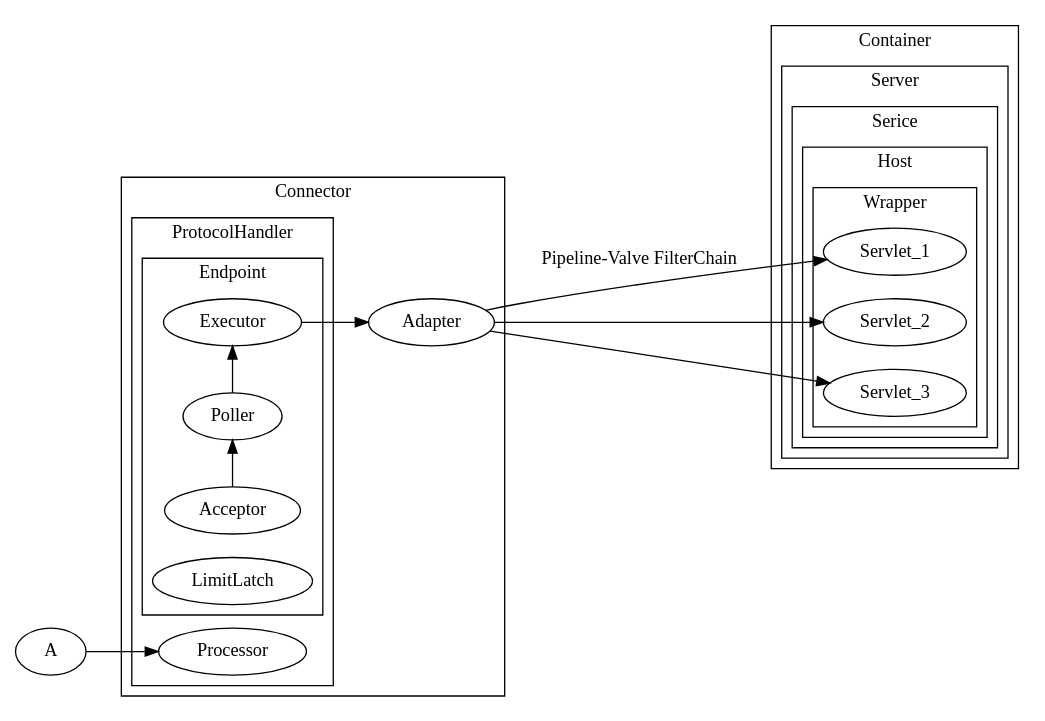
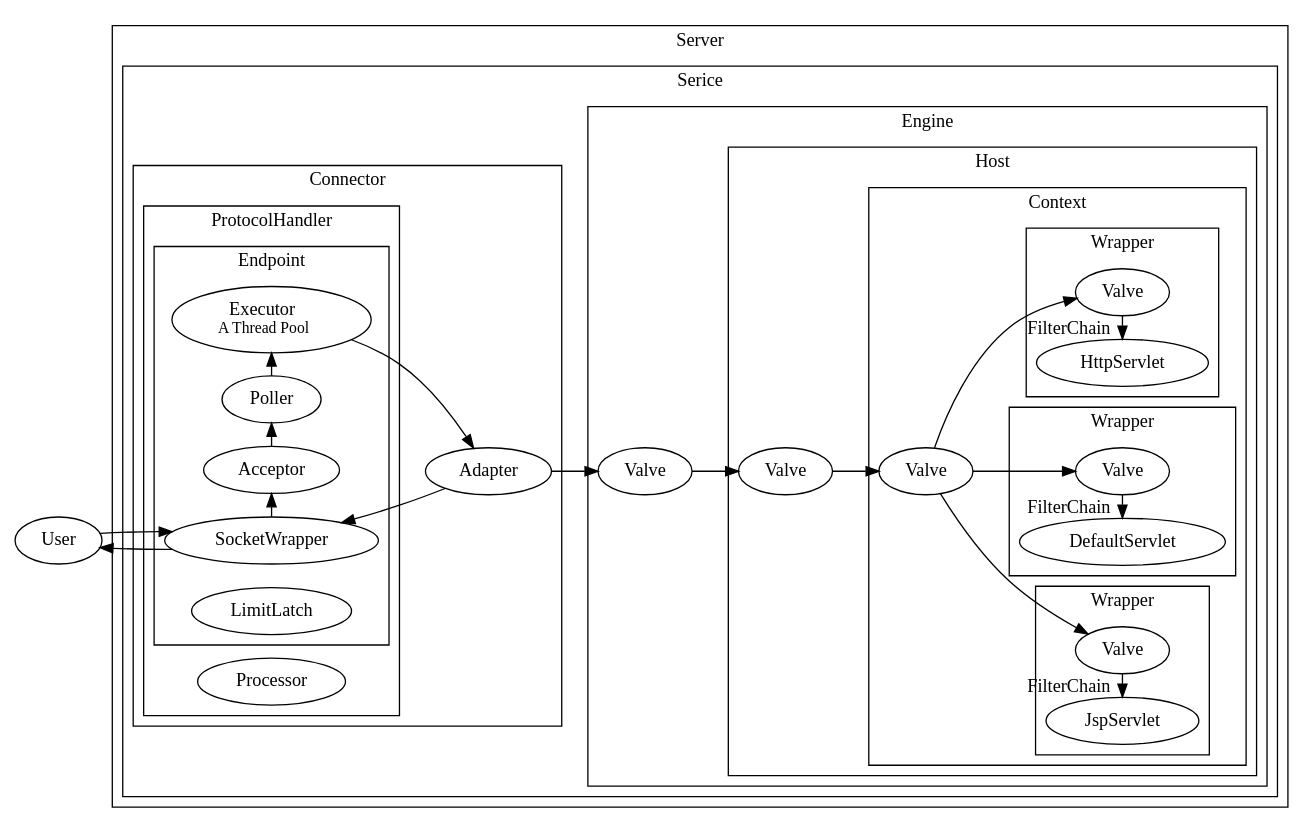
The diagram in docs/CS/Java/Tomcat/Tomcat.md (Robinpig/Note), drawn with Graphviz before and after one commit. The commit also changed other lines of this file and 1 other file, not shown here.

Commit message:
Tomcat architecture

````diff
--- a/docs/CS/Java/Tomcat/Tomcat.md
+++ b/docs/CS/Java/Tomcat/Tomcat.md
@@ -71,73 +79,101 @@
 ```dot
 
-strict digraph {
-rankdir=LR
-  A;
-  Acceptor -> Poller ;
-  A -> Processor;
-  Poller -> Executor;
+strict digraph  {
+rankdir=LR;
+autosize=false;
+ size="30.0, 38.3";
+
+  User -> SocketWrapper;
+ 
   Processor;
-  Executor -> Adapter;
+  Acceptor -> Poller 
+Poller -> Executor 
   
+  Engine_Valve -> Host_Valve;
+  Host_Valve -> Context_Valve;
+  Context_Valve -> Wrapper_Valve_1;
+  Context_Valve -> Wrapper_Valve_2;
+  Context_Valve -> Wrapper_Valve_3;
   
-  Adapter -> Servlet_1 [label="Pipeline-Valve FilterChain"];
-  Adapter -> Servlet_2;
-  Adapter -> Servlet_3;
+   SocketWrapper -> Acceptor;
+   SocketWrapper -> User;
   
+    subgraph cluster_Server {
+        label="Server"
+ 
   
-    subgraph cluster_Connector {
+    subgraph cluster_Service {
+        label="Serice"
+        subgraph cluster_Connector {
+            label="Connector"
+            subgraph cluster_ProtocolHandler {
+                label="ProtocolHandler"
     
-label="Connector"
-    subgraph cluster_ProtocolHandler {
-label="ProtocolHandler"
-
-     subgraph cluster_Endpoint {
-label="Endpoint"
+                    subgraph cluster_Endpoint {
+                        label="Endpoint"
+                        forcelabels= true
+        
+                        SocketWrapper;
+                        Poller;
+                        Acceptor;
+                        Executor [label=<Executor<BR/> <FONT POINT-SIZE="12">A Thread Pool</FONT>>] ;
+              {rank="same"; SocketWrapper;Acceptor;Poller;Executor;}
+                        LimitLatch;
+                    }
+                Processor;
     
-        Poller;
-        Acceptor;
-        Executor;
-        
-  {rank="same"; Acceptor;Poller;Executor;}
-LimitLatch;
-}
-        Processor;
-
+                }
+            Adapter;
+            Executor -> Adapter;
+           
+            Adapter -> SocketWrapper;
+           
+            
         }
 
-        Adapter;
+        subgraph cluster_Engine {
+            label="Engine"
+            Engine_Valve [label="Valve"];
+             Adapter -> Engine_Valve;
+             subgraph cluster_Host {
+                label="Host"
+                Host_Valve [label="Valve"];
+                subgraph cluster_Context {
+                    label="Context"
+                    autosize=false;
+                    size="10.0, 18.3";
+ 
+                    Context_Valve [label="Valve"];
+            
+                    subgraph cluster_Wrapper_1 {
+                        label="Wrapper"
+                        Wrapper_Valve_1 [label="Valve"];
+                        Servlet_1[label="JspServlet"];
+                        
+                        Wrapper_Valve_1 -> Servlet_1 [headlabel="FilterChain" constraint=false];
+                    }
+                    subgraph cluster_Wrapper_2 {
+                        label="Wrapper"
+                        Wrapper_Valve_2 [label="Valve"];
+                        Servlet_2[label="DefaultServlet"];
+                        
+                        Wrapper_Valve_2 -> Servlet_2 [headlabel="FilterChain" constraint=false];
+                    }
+                    subgraph cluster_Wrapper_3 {
+                        label="Wrapper"
+                        Wrapper_Valve_3 [label="Valve"];
+                        Servlet_3[label="HttpServlet"];
+    
+                        Wrapper_Valve_3 -> Servlet_3 [headlabel="FilterChain" constraint=false];
+                    }
+                }
+            
+            }
+        }
+    }
+}
 
 
-    }
-
-    subgraph cluster_Container {
-label="Container"
-
-    subgraph cluster_Server {
-label="Server"
-
-
-
-    subgraph cluster_Service {
-label="Serice"
-
-
- subgraph cluster_Host {
-label="Host"
-
- subgraph cluster_Wrapper {
-label="Wrapper"
-
-Servlet_1;
-Servlet_2;
-Servlet_3;
-
-}
-
-}
-}
-}
-    }
 
 }
 
````
